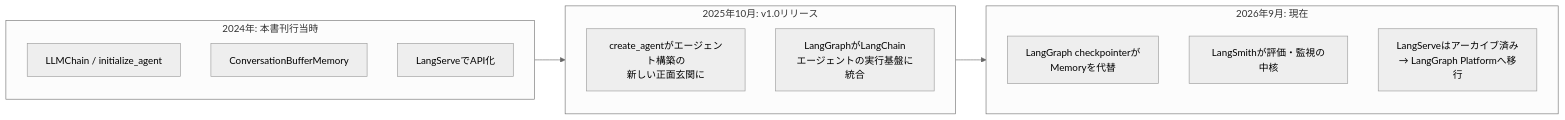
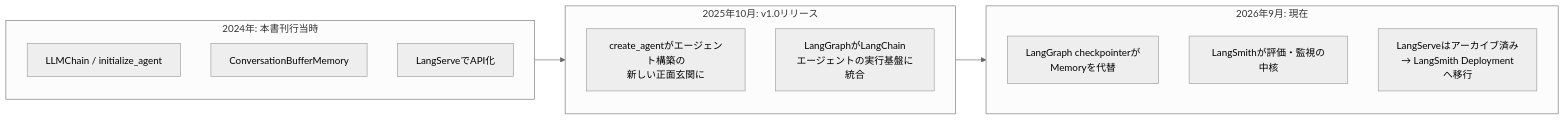
Diagram 12 of 12 in Langchain-in-your-pocket-guide.md (myoshi2891/Comparison-of-LLMs), drawn with Mermaid (neutral theme) before and after one commit. The commit also changed other lines of this file, not shown here.

Commit message:
docs(books): refine LCEL snippets and LangServe deprecation notes in LangChain guide

````diff
--- a/Langchain-in-your-pocket-guide.md
+++ b/Langchain-in-your-pocket-guide.md
@@ -700,18 +711,18 @@
 ```mermaid
 flowchart LR
     subgraph Y2024["2024年: 本書刊行当時"]
         A1["LLMChain / initialize_agent"]
         A2["ConversationBufferMemory"]
         A3["LangServeでAPI化"]
     end
     subgraph Y2025["2025年10月: v1.0リリース"]
         B1["create_agentがエージェント構築の\n新しい正面玄関に"]
         B2["LangGraphがLangChain\nエージェントの実行基盤に統合"]
     end
     subgraph Y2026["2026年9月: 現在"]
         C1["LangGraph checkpointerが\nMemoryを代替"]
         C2["LangSmithが評価・監視の中核"]
-        C3["LangServeはアーカイブ済み\n→ LangGraph Platformへ移行"]
+        C3["LangServeはアーカイブ済み\n→ LangSmith Deploymentへ移行"]
     end
     Y2024 --> Y2025 --> Y2026
 ```
````
